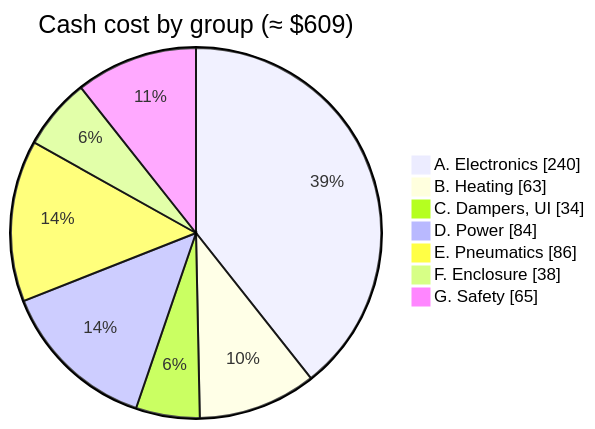
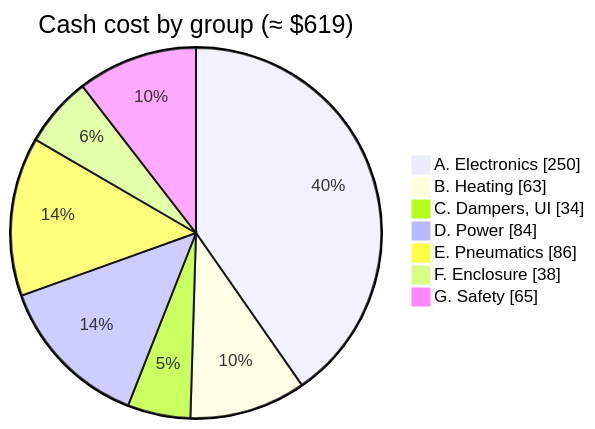
Before and after one commit to BashfulBits/3dp-fleet-exhaust: the diagram in docs/03_bill_of_materials.md, drawn with Mermaid. The commit also changed other lines of this file and 7 other files, not shown here.

````diff
--- a/docs/03_bill_of_materials.md
+++ b/docs/03_bill_of_materials.md
@@ -28,11 +28,11 @@
 ```mermaid
 pie showData
-  title Cash cost by group (≈ $609)
-  "A. Electronics" : 240
+  title Cash cost by group (≈ $619)
+  "A. Electronics" : 250
   "B. Heating" : 63
   "C. Dampers, UI" : 34
   "D. Power" : 84
   "E. Pneumatics" : 86
   "F. Enclosure" : 38
   "G. Safety" : 65
 ```
````
